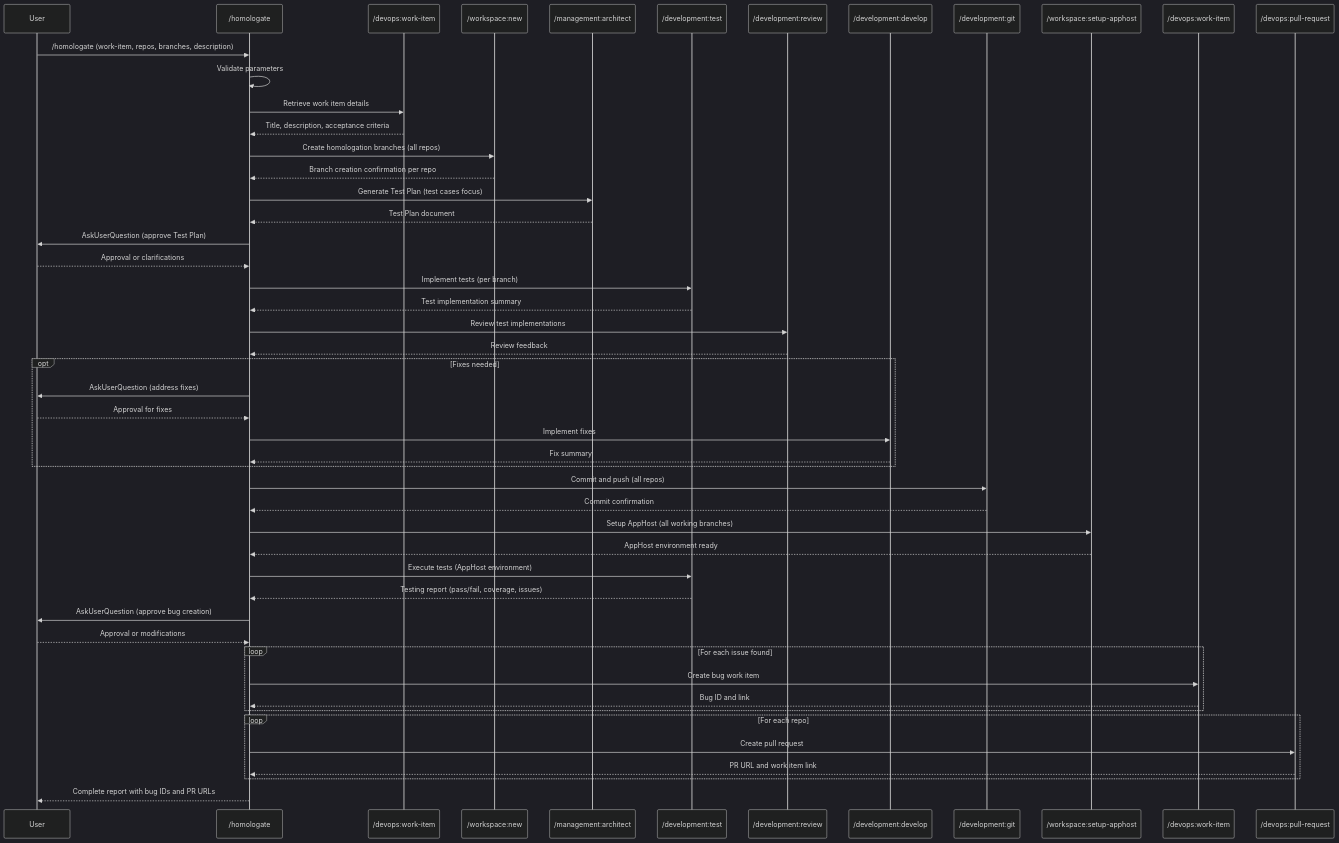
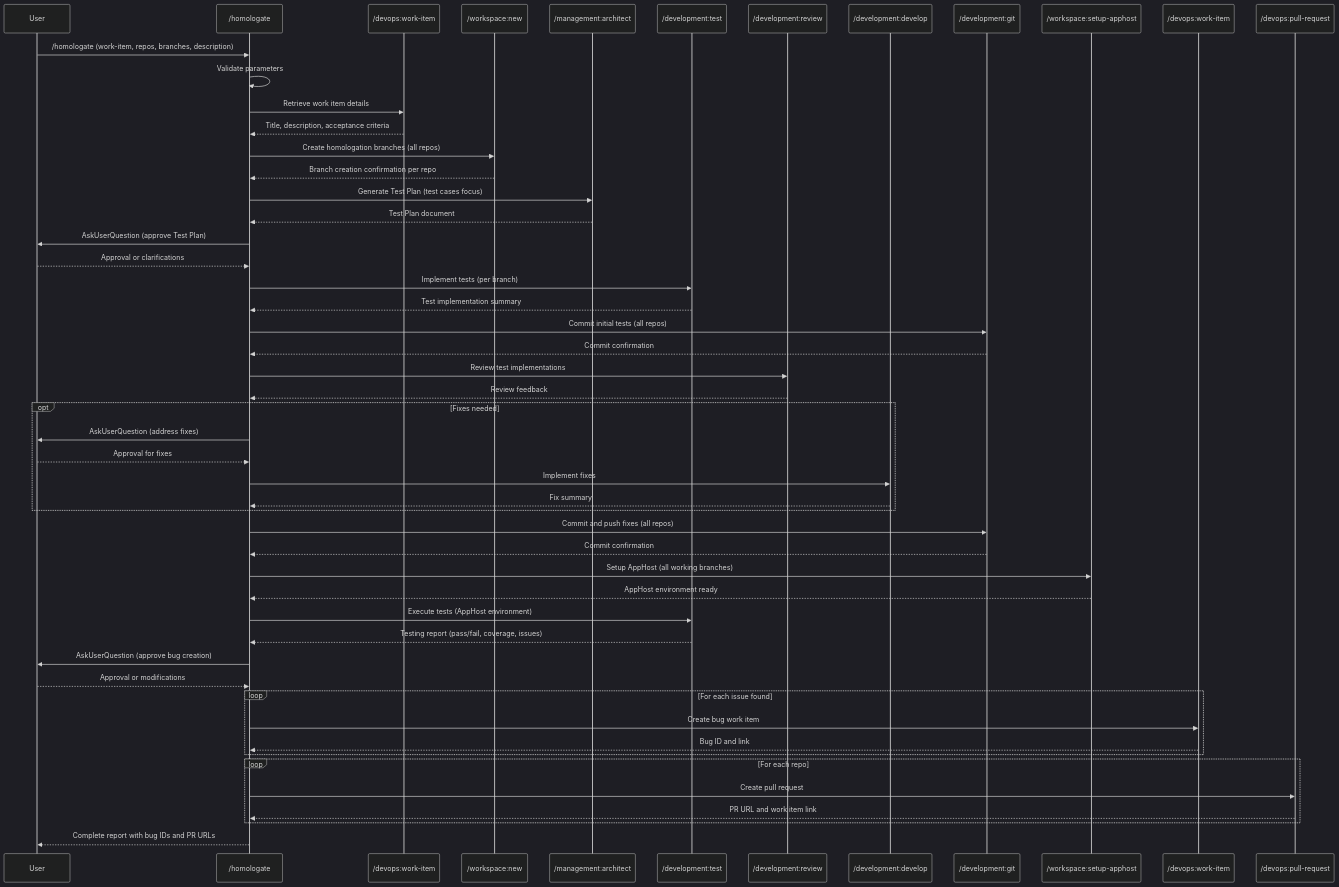
One commit to zzaia/zzaia-agentic-workspace changed the diagram in .claude/commands/workflow/homologate.md. Above: the diagram before and after it, drawn with Mermaid (dark theme). The commit also changed other lines of this file and 1 other file, not shown here.

````diff
--- a/.claude/commands/workflow/homologate.md
+++ b/.claude/commands/workflow/homologate.md
@@ -111,67 +116,70 @@
 ```mermaid
 sequenceDiagram
     participant U as User
     participant C as /homologate
     participant WI as /devops:work-item
     participant WS as /workspace:new
     participant AR as /management:architect
     participant DT as /development:test
     participant DR as /development:review
     participant DD as /development:develop
     participant DG as /development:git
     participant SA as /workspace:setup-apphost
     participant BW as /devops:work-item
     participant PR as /devops:pull-request
 
     U->>C: /homologate (work-item, repos, branches, description)
     C->>C: Validate parameters
 
     C->>WI: Retrieve work item details
     WI-->>C: Title, description, acceptance criteria
 
     C->>WS: Create homologation branches (all repos)
     WS-->>C: Branch creation confirmation per repo
 
     C->>AR: Generate Test Plan (test cases focus)
     AR-->>C: Test Plan document
 
     C->>U: AskUserQuestion (approve Test Plan)
     U-->>C: Approval or clarifications
 
     C->>DT: Implement tests (per branch)
     DT-->>C: Test implementation summary
 
+    C->>DG: Commit initial tests (all repos)
+    DG-->>C: Commit confirmation
+
     C->>DR: Review test implementations
     DR-->>C: Review feedback
 
     opt Fixes needed
         C->>U: AskUserQuestion (address fixes)
         U-->>C: Approval for fixes
         C->>DD: Implement fixes
         DD-->>C: Fix summary
     end
 
-    C->>DG: Commit and push (all repos)
+    C->>DG: Commit and push fixes (all repos)
     DG-->>C: Commit confirmation
 
     C->>SA: Setup AppHost (all working branches)
     SA-->>C: AppHost environment ready
 
     C->>DT: Execute tests (AppHost environment)
     DT-->>C: Testing report (pass/fail, coverage, issues)
 
     C->>U: AskUserQuestion (approve bug creation)
     U-->>C: Approval or modifications
 
     loop For each issue found
         C->>BW: Create bug work item
         BW-->>C: Bug ID and link
     end
 
     loop For each repo
         C->>PR: Create pull request
         PR-->>C: PR URL and work item link
     end
 
     C-->>U: Complete report with bug IDs and PR URLs
 ```
````
